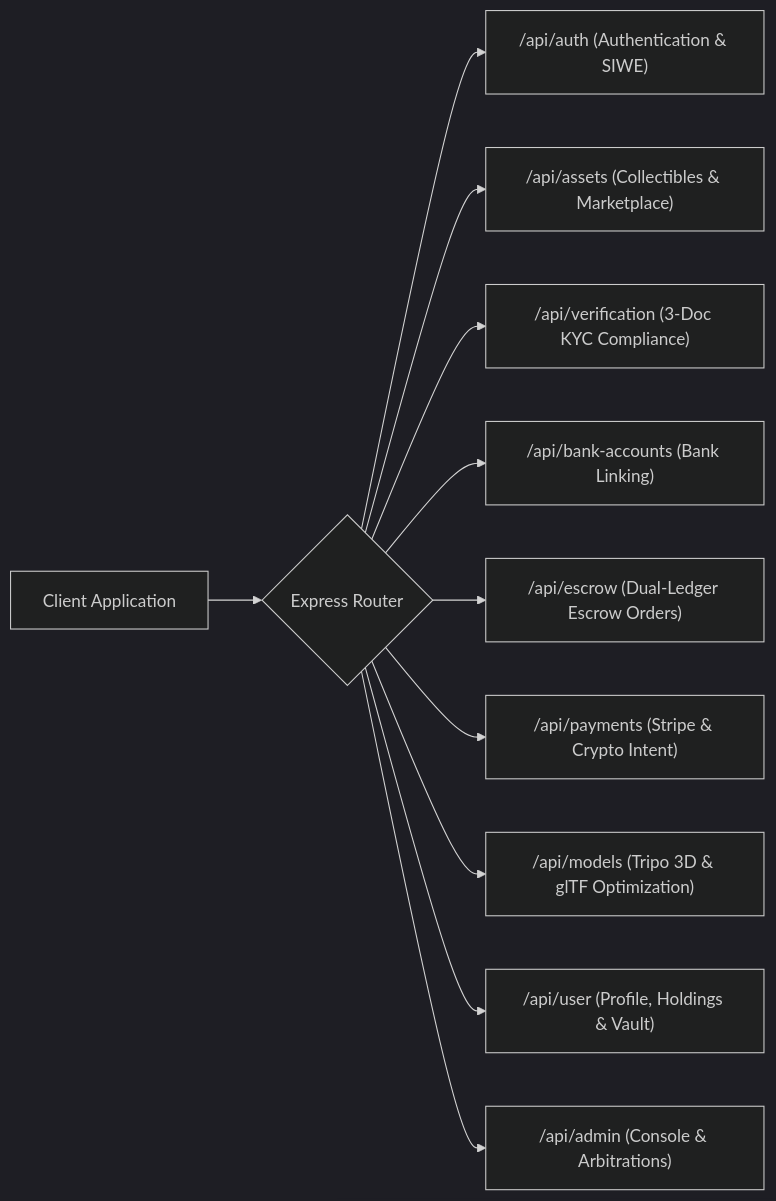
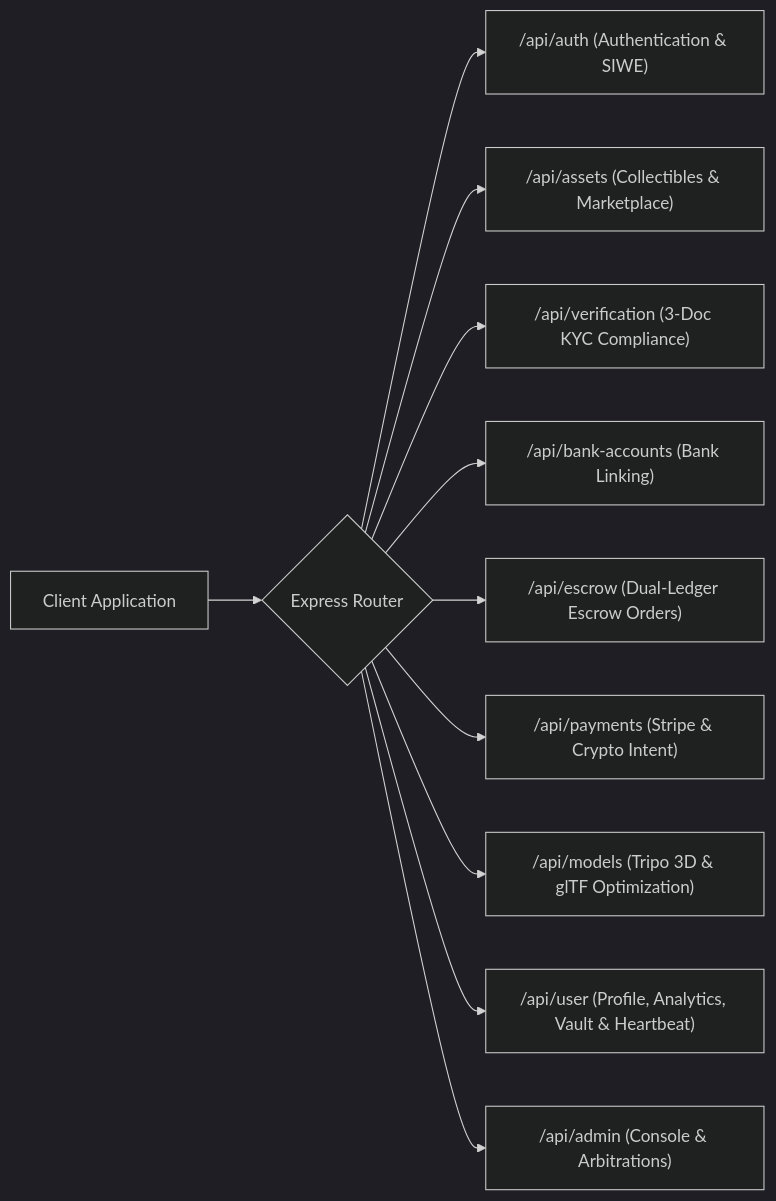
One commit to dxxxrn1/SmartAssets changed the first of 2 diagrams in docs/BACKEND_API.md. Above: the diagram before and after it, drawn with Mermaid (dark theme). The commit also changed other lines of this file and 5 other files, not shown here.

Commit message:
docs: sync architecture, database schema, and Mermaid diagrams with latest dev merge

````diff
--- a/docs/BACKEND_API.md
+++ b/docs/BACKEND_API.md
@@ -37,14 +37,14 @@
 ```mermaid
 flowchart LR
     CLIENT[Client Application] --> ROUTER{Express Router}
     
     ROUTER --> AUTH["/api/auth (Authentication & SIWE)"]
     ROUTER --> ASSETS["/api/assets (Collectibles & Marketplace)"]
     ROUTER --> VERIF["/api/verification (3-Doc KYC Compliance)"]
     ROUTER --> BANK["/api/bank-accounts (Bank Linking)"]
     ROUTER --> ESCROW["/api/escrow (Dual-Ledger Escrow Orders)"]
     ROUTER --> PAYMENTS["/api/payments (Stripe & Crypto Intent)"]
     ROUTER --> MODELS["/api/models (Tripo 3D & glTF Optimization)"]
-    ROUTER --> USER["/api/user (Profile, Holdings & Vault)"]
+    ROUTER --> USER["/api/user (Profile, Analytics, Vault & Heartbeat)"]
     ROUTER --> ADMIN["/api/admin (Console & Arbitrations)"]
 ```
````
